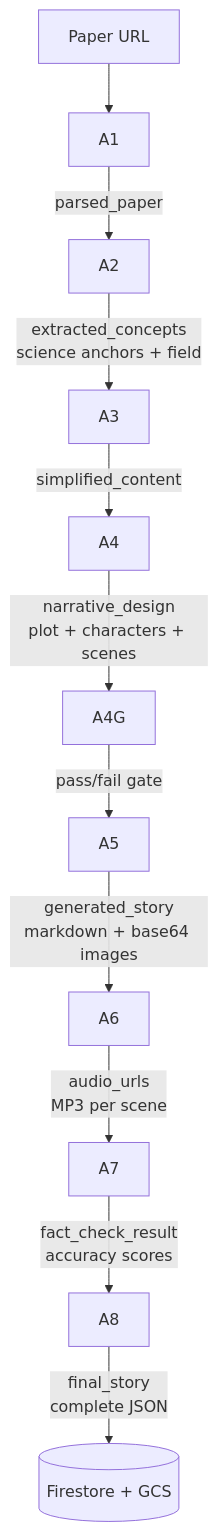
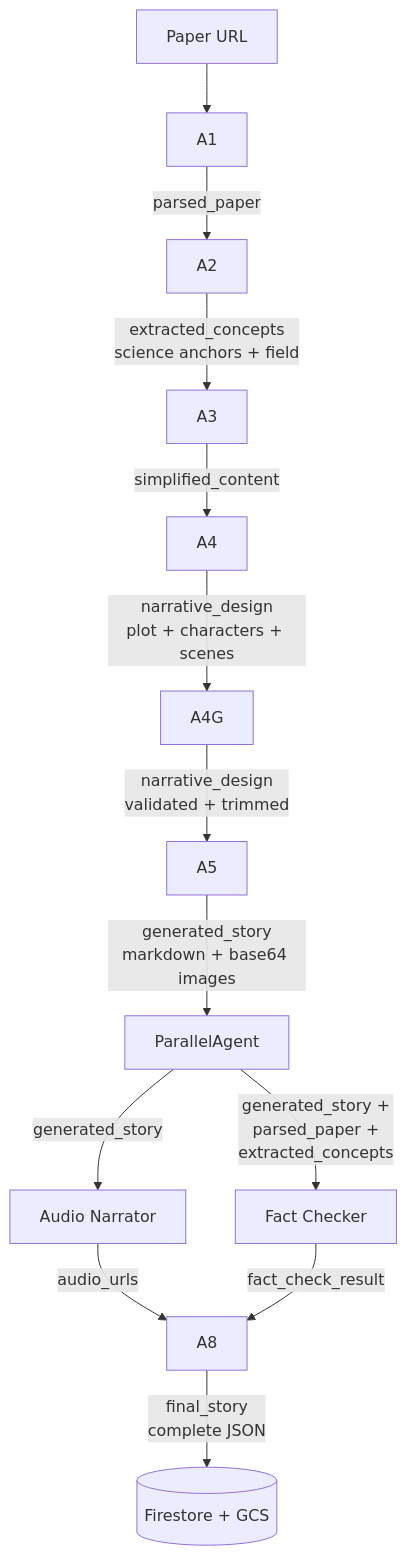
The fourth of 4 diagrams in README.md (aria-vibe/paper-tales), drawn with Mermaid before and after one commit. The commit also changed other lines of this file and 10 other files, not shown here.

````diff
--- a/README.md
+++ b/README.md
@@ -136,13 +157,17 @@
 ```mermaid
 graph TD
     URL[Paper URL] --> A1
     A1 -->|parsed_paper| A2
     A2 -->|extracted_concepts<br/>science anchors + field| A3
     A3 -->|simplified_content| A4
     A4 -->|narrative_design<br/>plot + characters + scenes| A4G
-    A4G -->|pass/fail gate| A5
-    A5 -->|generated_story<br/>markdown + base64 images| A6
-    A6 -->|audio_urls<br/>MP3 per scene| A7
-    A7 -->|fact_check_result<br/>accuracy scores| A8
+    A4G -->|narrative_design<br/>validated + trimmed| A5
+    A5 -->|generated_story<br/>markdown + base64 images| PAR["ParallelAgent"]
+
+    PAR -->|generated_story| A6[Audio Narrator]
+    PAR -->|"generated_story +<br/>parsed_paper +<br/>extracted_concepts"| A7[Fact Checker]
+
+    A6 -->|audio_urls| A8
+    A7 -->|fact_check_result| A8
     A8 -->|final_story<br/>complete JSON| DB[(Firestore + GCS)]
 ```
````
